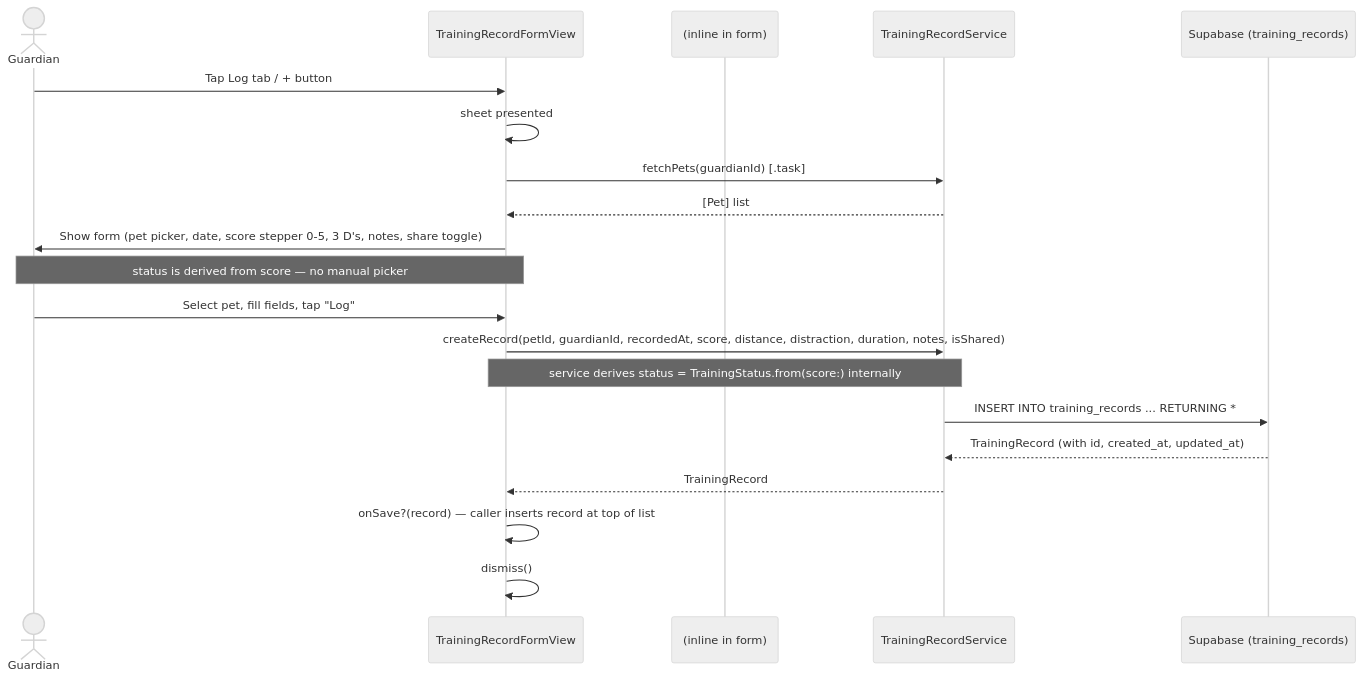
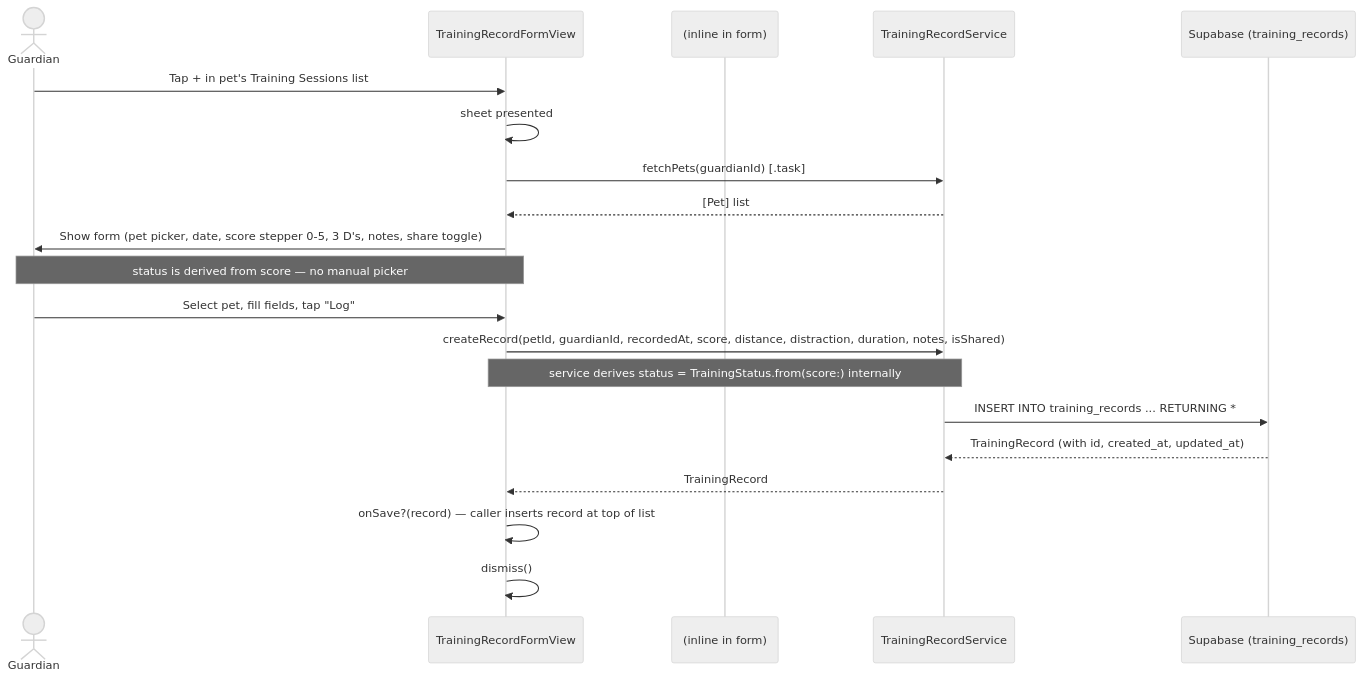
Before and after one commit to markculley/HoundHabit: the first of 4 diagrams in docs/use_cases/log_training.md, drawn with Mermaid (neutral theme). The commit also changed other lines of this file and 18 other files, not shown here.

````diff
--- a/docs/use_cases/log_training.md
+++ b/docs/use_cases/log_training.md
@@ -7,24 +9,24 @@
 ```mermaid
 sequenceDiagram
     actor G as Guardian
     participant UI as TrainingRecordFormView
     participant VM as (inline in form)
     participant SVC as TrainingRecordService
     participant DB as Supabase (training_records)
 
-    G->>UI: Tap Log tab / + button
+    G->>UI: Tap + in pet's Training Sessions list
     UI->>UI: sheet presented
     UI->>SVC: fetchPets(guardianId) [.task]
     SVC-->>UI: [Pet] list
     UI->>G: Show form (pet picker, date, score stepper 0-5, 3 D's, notes, share toggle)
     note over UI,G: status is derived from score — no manual picker
 
     G->>UI: Select pet, fill fields, tap "Log"
     UI->>SVC: createRecord(petId, guardianId, recordedAt, score, distance, distraction, duration, notes, isShared)
     note over UI,SVC: service derives status = TrainingStatus.from(score:) internally
     SVC->>DB: INSERT INTO training_records ... RETURNING *
     DB-->>SVC: TrainingRecord (with id, created_at, updated_at)
     SVC-->>UI: TrainingRecord
     UI->>UI: onSave?(record) — caller inserts record at top of list
     UI->>UI: dismiss()
 ```
````
